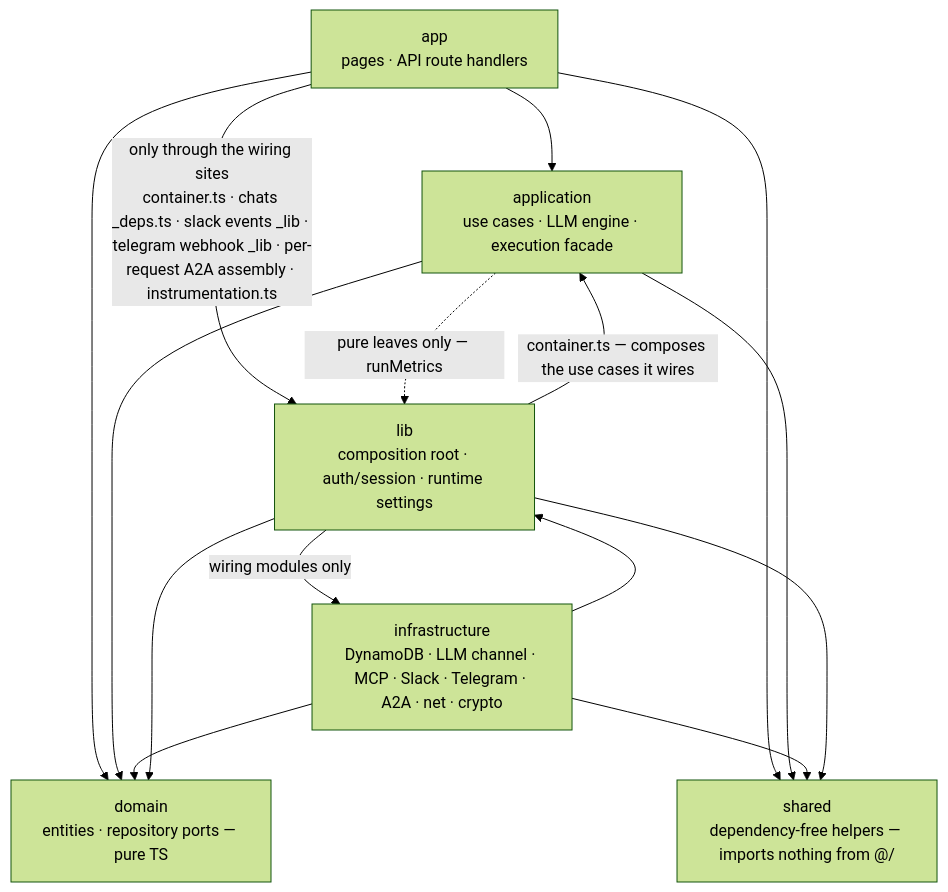
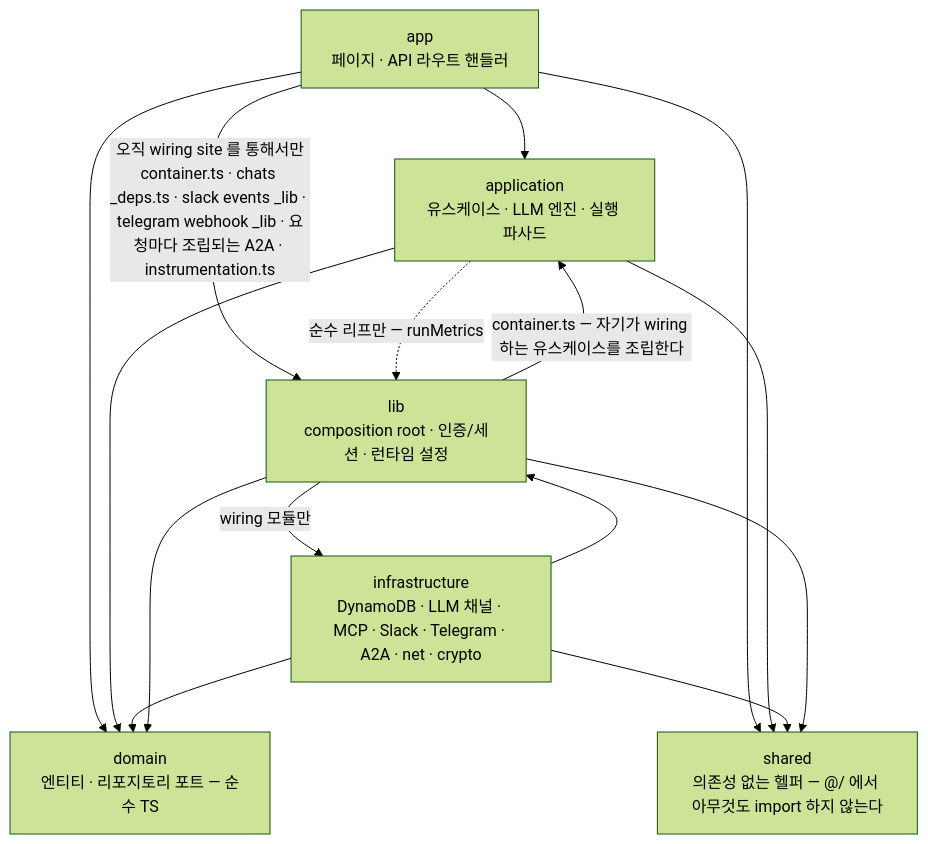
Before and after one commit to opspresso/agent-studio: the first of 4 diagrams in docs/ARCHITECTURE.md, drawn with Mermaid (forest theme). The commit also changed other lines of this file and 21 other files, not shown here.

````diff
--- a/docs/ARCHITECTURE.md
+++ b/docs/ARCHITECTURE.md
@@ -115,24 +112,24 @@
 ```mermaid
 flowchart TB
-  app["app<br/>pages · API route handlers"]
-  application["application<br/>use cases · LLM engine · execution facade"]
-  domain["domain<br/>entities · repository ports — pure TS"]
-  infrastructure["infrastructure<br/>DynamoDB · LLM channel · MCP · Slack · Telegram · A2A · net · crypto"]
-  lib["lib<br/>composition root · auth/session · runtime settings"]
-  shared["shared<br/>dependency-free helpers — imports nothing from @/"]
+  app["app<br/>페이지 · API 라우트 핸들러"]
+  application["application<br/>유스케이스 · LLM 엔진 · 실행 파사드"]
+  domain["domain<br/>엔티티 · 리포지토리 포트 — 순수 TS"]
+  infrastructure["infrastructure<br/>DynamoDB · LLM 채널 · MCP · Slack · Telegram · A2A · net · crypto"]
+  lib["lib<br/>composition root · 인증/세션 · 런타임 설정"]
+  shared["shared<br/>의존성 없는 헬퍼 — @/ 에서 아무것도 import 하지 않는다"]
 
   app --> application
   app --> domain
   application --> domain
   infrastructure --> domain
   infrastructure --> lib
-  app -->|"only through the wiring sites<br/>container.ts · chats _deps.ts · slack events _lib · telegram webhook _lib · per-request A2A assembly · instrumentation.ts"| lib
+  app -->|"오직 wiring site 를 통해서만<br/>container.ts · chats _deps.ts · slack events _lib · telegram webhook _lib · 요청마다 조립되는 A2A · instrumentation.ts"| lib
   lib --> domain
-  lib -->|"container.ts — composes the use cases it wires"| application
-  lib -->|"wiring modules only"| infrastructure
-  application -.->|"pure leaves only — runMetrics"| lib
+  lib -->|"container.ts — 자기가 wiring 하는 유스케이스를 조립한다"| application
+  lib -->|"wiring 모듈만"| infrastructure
+  application -.->|"순수 리프만 — runMetrics"| lib
   app --> shared
   application --> shared
   infrastructure --> shared
   lib --> shared
 ```
````
